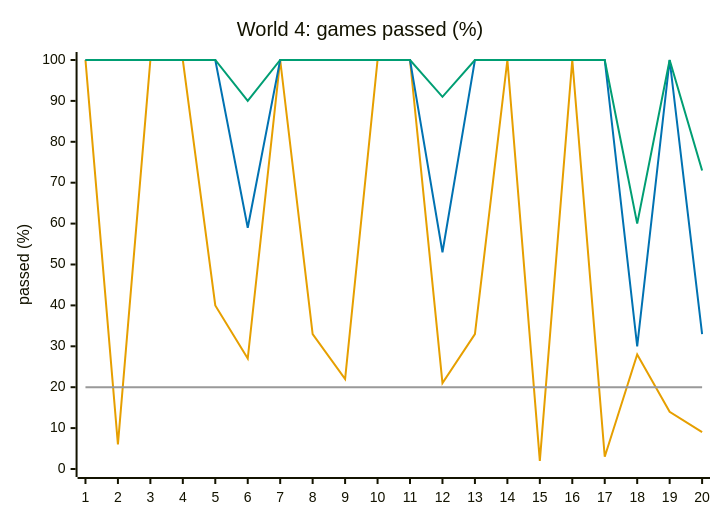
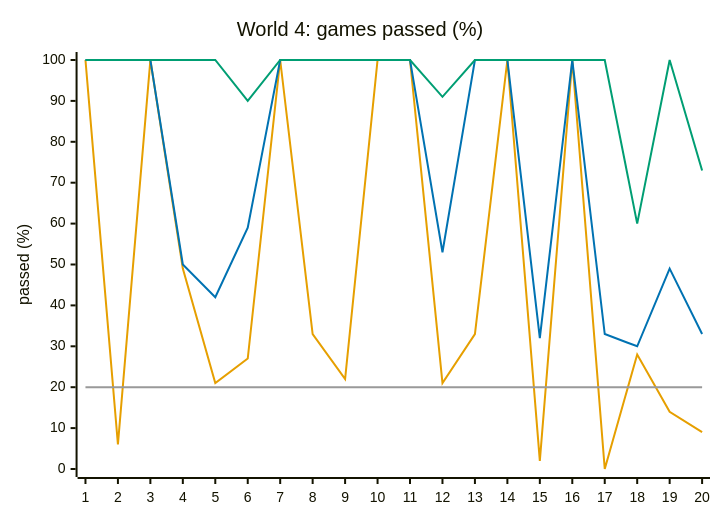
The seventh of 8 diagrams in docs/design/difficulty.md (Pavelya/dots), drawn with Mermaid before and after one commit. The commit also changed other lines of this file and 10 other files, not shown here.

````diff
--- a/docs/design/difficulty.md
+++ b/docs/design/difficulty.md
@@ -219,11 +233,11 @@
 ```mermaid
 %%{init: {"themeVariables": {"xyChart": {"plotColorPalette": "#E69F00, #0072B2, #009E73, #999999"}}}}%%
 xychart-beta
     title "World 4: games passed (%)"
     x-axis ["1", "2", "3", "4", "5", "6", "7", "8", "9", "10", "11", "12", "13", "14", "15", "16", "17", "18", "19", "20"]
     y-axis "passed (%)" 0 --> 100
-    line [100, 6, 100, 100, 40, 27, 100, 33, 22, 100, 100, 21, 33, 100, 2, 100, 3, 28, 14, 9]
-    line [100, 100, 100, 100, 100, 59, 100, 100, 100, 100, 100, 53, 100, 100, 100, 100, 100, 30, 100, 33]
+    line [100, 6, 100, 49, 21, 27, 100, 33, 22, 100, 100, 21, 33, 100, 2, 100, 0, 28, 14, 9]
+    line [100, 100, 100, 50, 42, 59, 100, 100, 100, 100, 100, 53, 100, 100, 32, 100, 33, 30, 49, 33]
     line [100, 100, 100, 100, 100, 90, 100, 100, 100, 100, 100, 91, 100, 100, 100, 100, 100, 60, 100, 73]
     line [20, 20, 20, 20, 20, 20, 20, 20, 20, 20, 20, 20, 20, 20, 20, 20, 20, 20, 20, 20]
 ```
````
